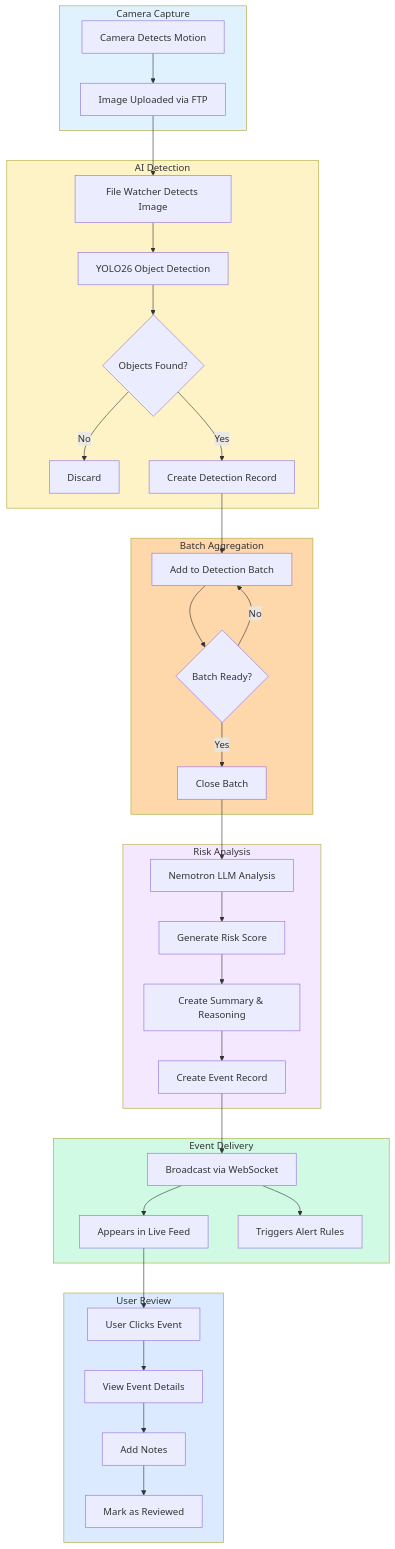
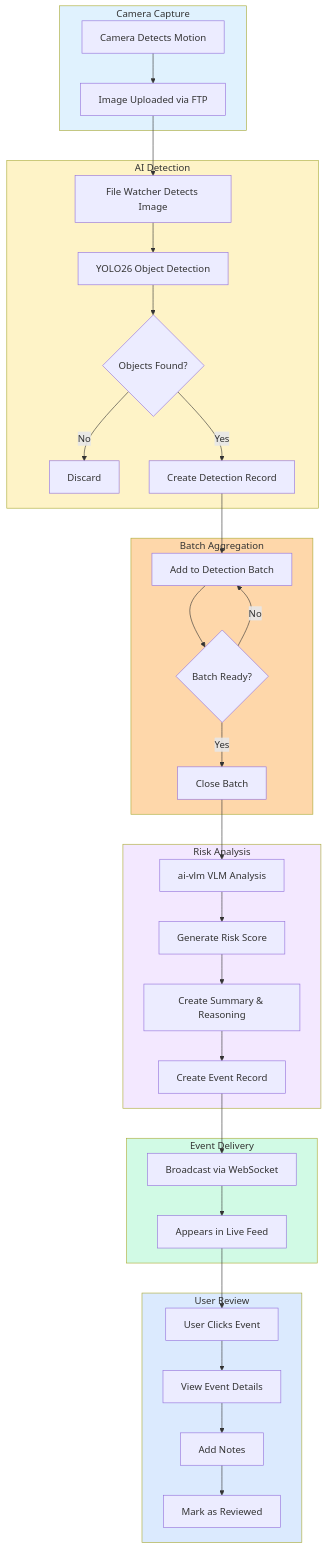
One commit to mikesvoboda/nemotron-v3-home-security-intelligence changed the second of 2 diagrams in docs/ui/timeline.md. Above: the diagram before and after it, drawn with Mermaid. The commit also changed other lines of this file and 231 other files, not shown here.

````diff
--- a/docs/ui/timeline.md
+++ b/docs/ui/timeline.md
@@ -706,48 +706,47 @@
 ```mermaid
 flowchart TD
     subgraph Capture["Camera Capture"]
         A[Camera Detects Motion] --> B[Image Uploaded via FTP]
     end
 
     subgraph Detection["AI Detection"]
         B --> C[File Watcher Detects Image]
         C --> D[YOLO26 Object Detection]
         D --> E{Objects Found?}
         E -->|No| F[Discard]
         E -->|Yes| G[Create Detection Record]
     end
 
     subgraph Batching["Batch Aggregation"]
         G --> H[Add to Detection Batch]
         H --> I{Batch Ready?}
         I -->|No| H
         I -->|Yes| J[Close Batch]
     end
 
     subgraph Analysis["Risk Analysis"]
-        J --> K[Nemotron LLM Analysis]
+        J --> K[ai-vlm VLM Analysis]
         K --> L[Generate Risk Score]
         L --> M[Create Summary & Reasoning]
         M --> N[Create Event Record]
     end
 
     subgraph Delivery["Event Delivery"]
         N --> O[Broadcast via WebSocket]
         O --> P[Appears in Live Feed]
-        O --> Q[Triggers Alert Rules]
     end
 
     subgraph Review["User Review"]
         P --> R[User Clicks Event]
         R --> S[View Event Details]
         S --> T[Add Notes]
         T --> U[Mark as Reviewed]
     end
 
     style Capture fill:#e0f2fe
     style Detection fill:#fef3c7
     style Batching fill:#fed7aa
     style Analysis fill:#f3e8ff
     style Delivery fill:#d1fae5
     style Review fill:#dbeafe
 ```
````
